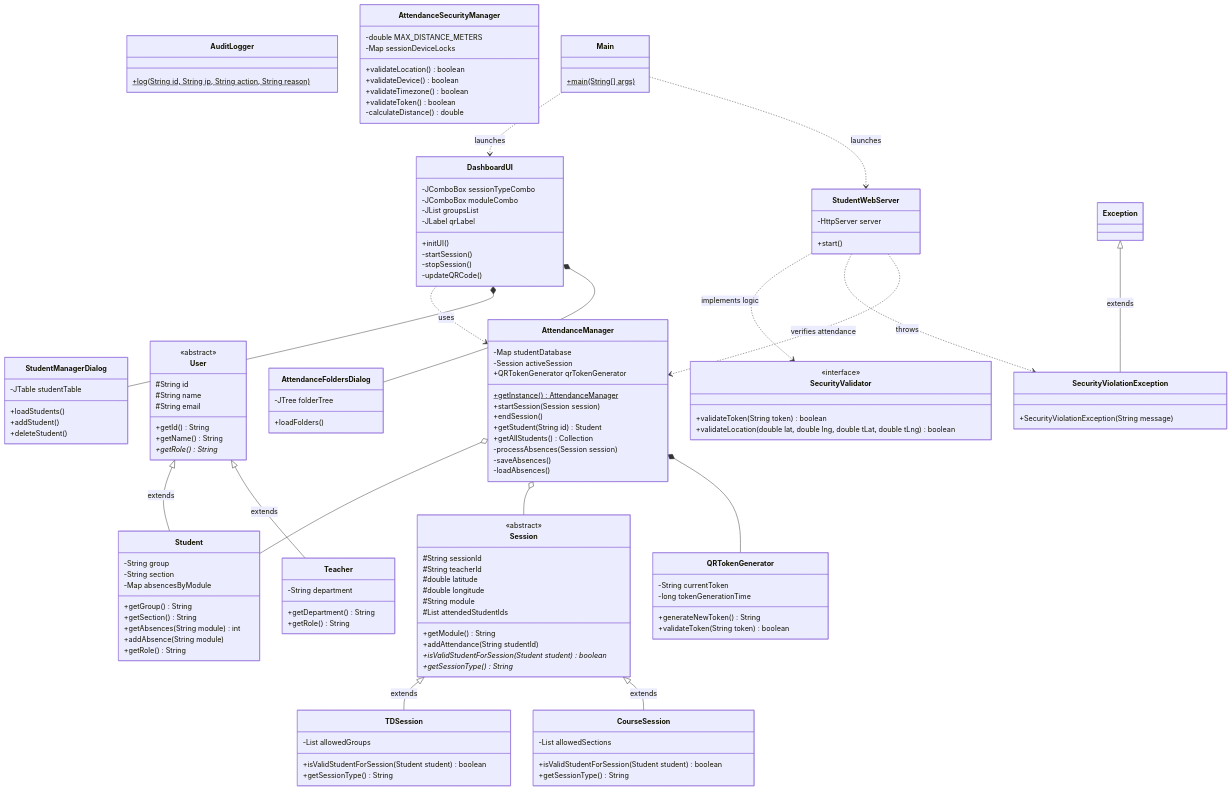
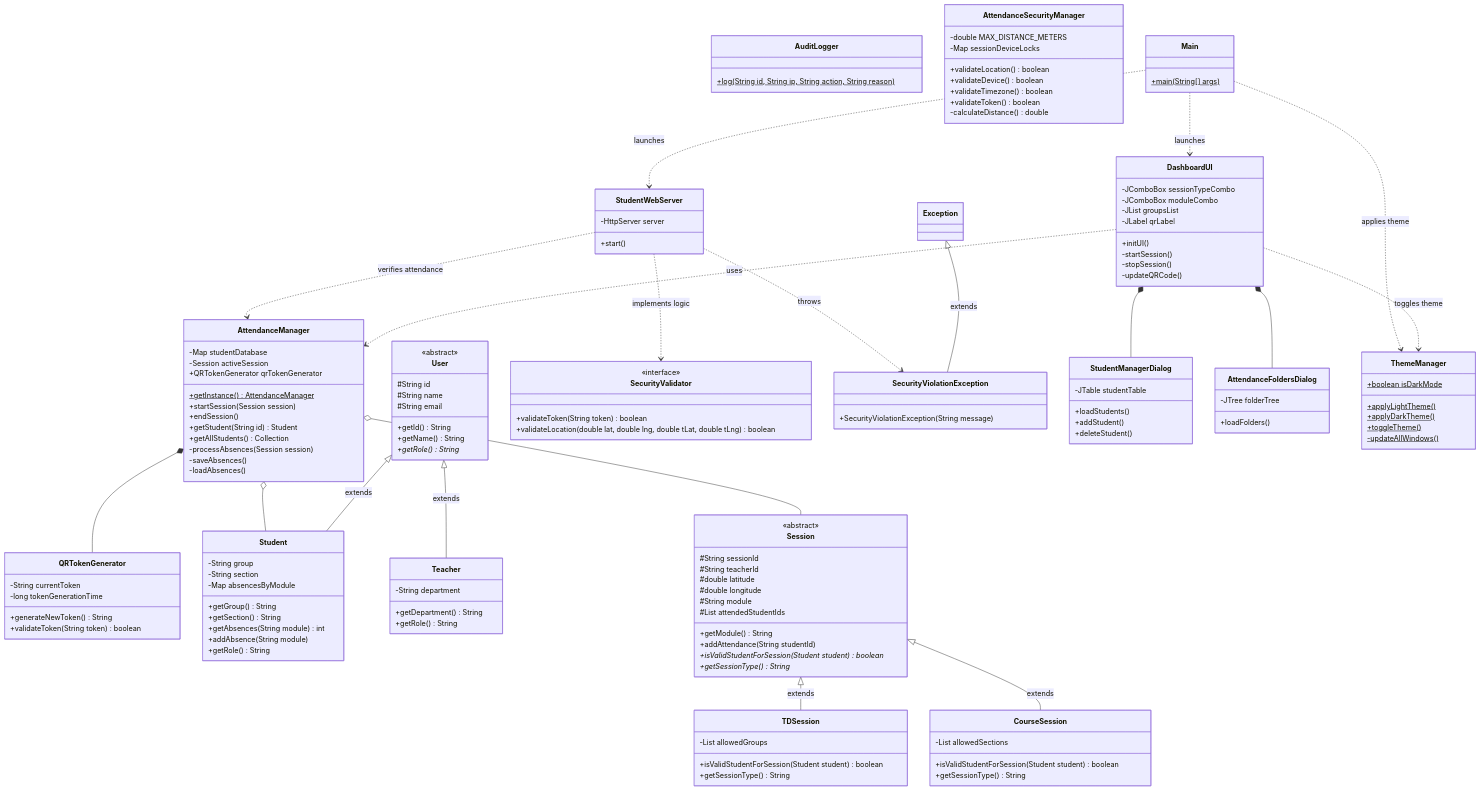
The diagram in class_diagram.md (0ffl1n0/secure-attendance-system), drawn with Mermaid before and after one commit. The commit also changed other lines of this file, not shown here.

Commit message:
Updated class diagram

````diff
--- a/class_diagram.md
+++ b/class_diagram.md
@@ -220,6 +223,14 @@
         +loadFolders()
     }
 
+    class ThemeManager {
+        +boolean isDarkMode$
+        +applyLightTheme()$
+        +applyDarkTheme()$
+        +toggleTheme()$
+        -updateAllWindows()$
+    }
+
     class Main {
         +main(String[] args)$
     }
@@ -240,6 +251,7 @@
     DashboardUI ..> AttendanceManager : uses
     DashboardUI *-- StudentManagerDialog
     DashboardUI *-- AttendanceFoldersDialog
+    DashboardUI ..> ThemeManager : toggles theme
     
     StudentWebServer ..> SecurityValidator : implements logic
     StudentWebServer ..> SecurityViolationException : throws
@@ -247,4 +259,5 @@
     
     Main ..> DashboardUI : launches
     Main ..> StudentWebServer : launches
+    Main ..> ThemeManager : applies theme
 ```
````
